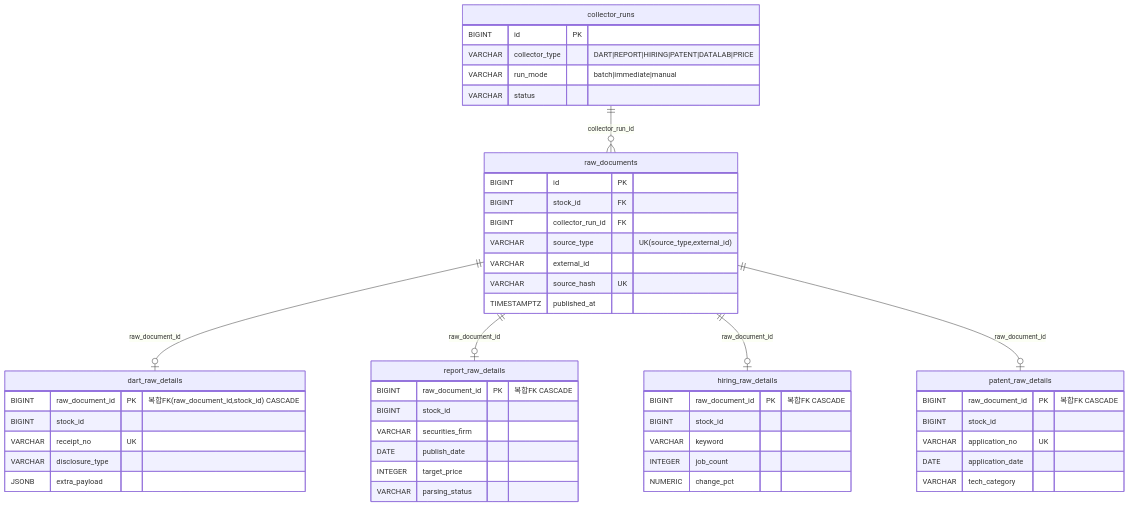
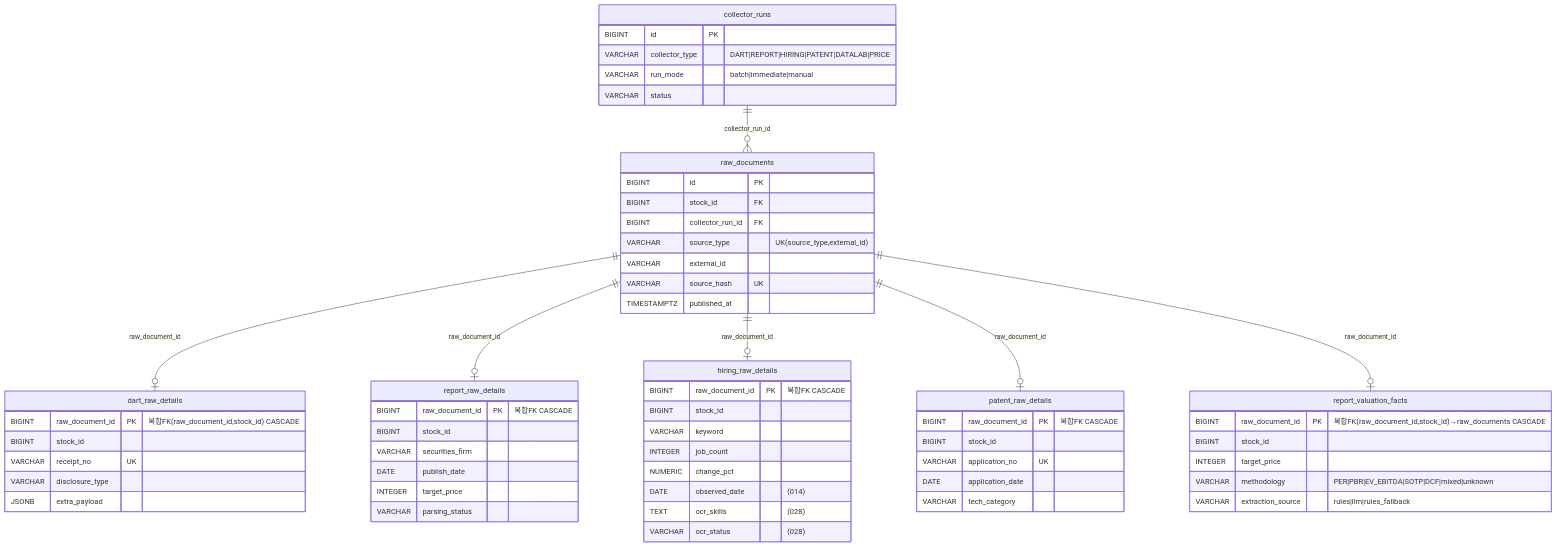
Before and after one commit to AIX14-3/signal-alpha: the second of 10 diagrams in database/erd/signal_alpha_core_erd.md, drawn with Mermaid. The commit also changed other lines of this file, not shown here.

````diff
--- a/database/erd/signal_alpha_core_erd.md
+++ b/database/erd/signal_alpha_core_erd.md
@@ -59,58 +94,70 @@
 ```mermaid
 erDiagram
     collector_runs {
         BIGINT id PK
         VARCHAR collector_type "DART|REPORT|HIRING|PATENT|DATALAB|PRICE"
         VARCHAR run_mode "batch|immediate|manual"
         VARCHAR status
     }
 
     raw_documents {
         BIGINT id PK
         BIGINT stock_id FK
         BIGINT collector_run_id FK
         VARCHAR source_type "UK(source_type,external_id)"
         VARCHAR external_id
         VARCHAR source_hash UK
         TIMESTAMPTZ published_at
     }
 
     dart_raw_details {
         BIGINT raw_document_id PK "복합FK(raw_document_id,stock_id) CASCADE"
         BIGINT stock_id
         VARCHAR receipt_no UK
         VARCHAR disclosure_type
         JSONB extra_payload
     }
 
     report_raw_details {
         BIGINT raw_document_id PK "복합FK CASCADE"
         BIGINT stock_id
         VARCHAR securities_firm
         DATE publish_date
         INTEGER target_price
         VARCHAR parsing_status
     }
 
     hiring_raw_details {
         BIGINT raw_document_id PK "복합FK CASCADE"
         BIGINT stock_id
         VARCHAR keyword
         INTEGER job_count
         NUMERIC change_pct
+        DATE observed_date "(014)"
+        TEXT ocr_skills "(028)"
+        VARCHAR ocr_status "(028)"
     }
 
     patent_raw_details {
         BIGINT raw_document_id PK "복합FK CASCADE"
         BIGINT stock_id
         VARCHAR application_no UK
         DATE application_date
         VARCHAR tech_category
     }
 
+    report_valuation_facts {
+        BIGINT raw_document_id PK "복합FK(raw_document_id,stock_id)→raw_documents CASCADE"
+        BIGINT stock_id
+        INTEGER target_price
+        VARCHAR methodology "PER|PBR|EV_EBITDA|SOTP|DCF|mixed|unknown"
+        VARCHAR extraction_source "rules|llm|rules_fallback"
+    }
+
     collector_runs ||--o{ raw_documents : "collector_run_id"
     raw_documents ||--o| dart_raw_details : "raw_document_id"
     raw_documents ||--o| report_raw_details : "raw_document_id"
     raw_documents ||--o| hiring_raw_details : "raw_document_id"
     raw_documents ||--o| patent_raw_details : "raw_document_id"
+    raw_documents ||--o| report_valuation_facts : "raw_document_id"
 ```
````
